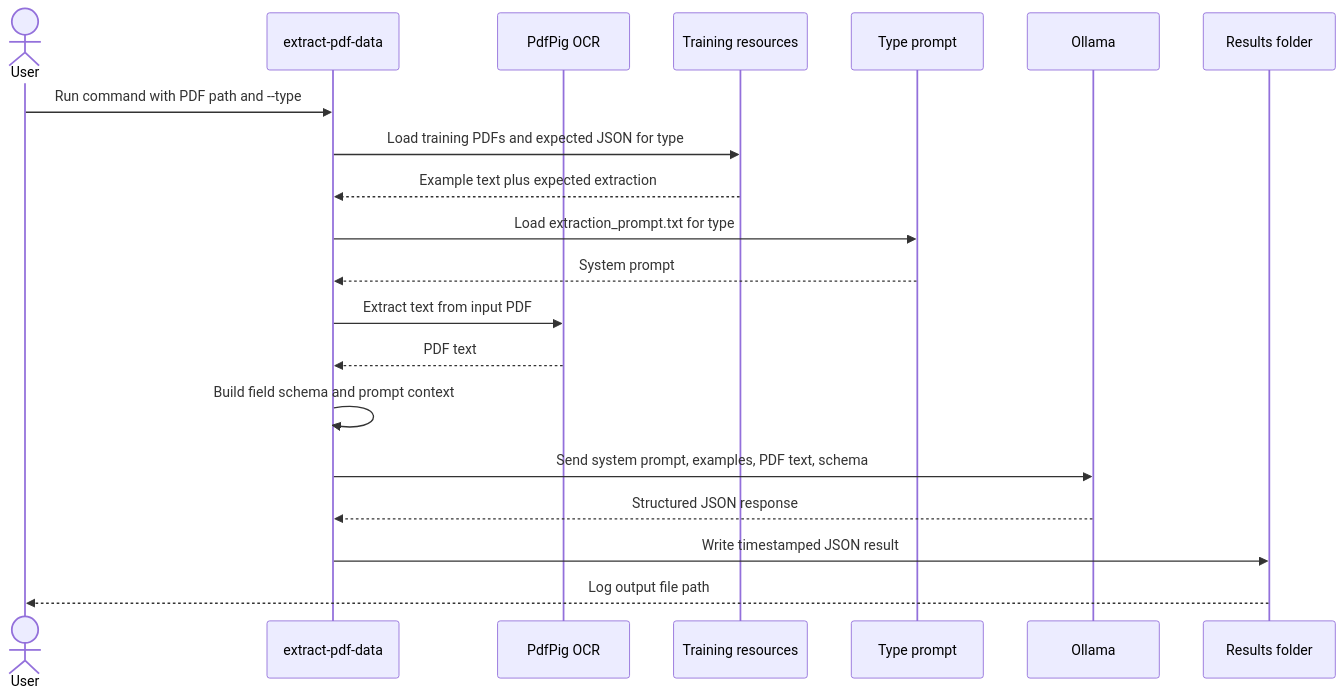
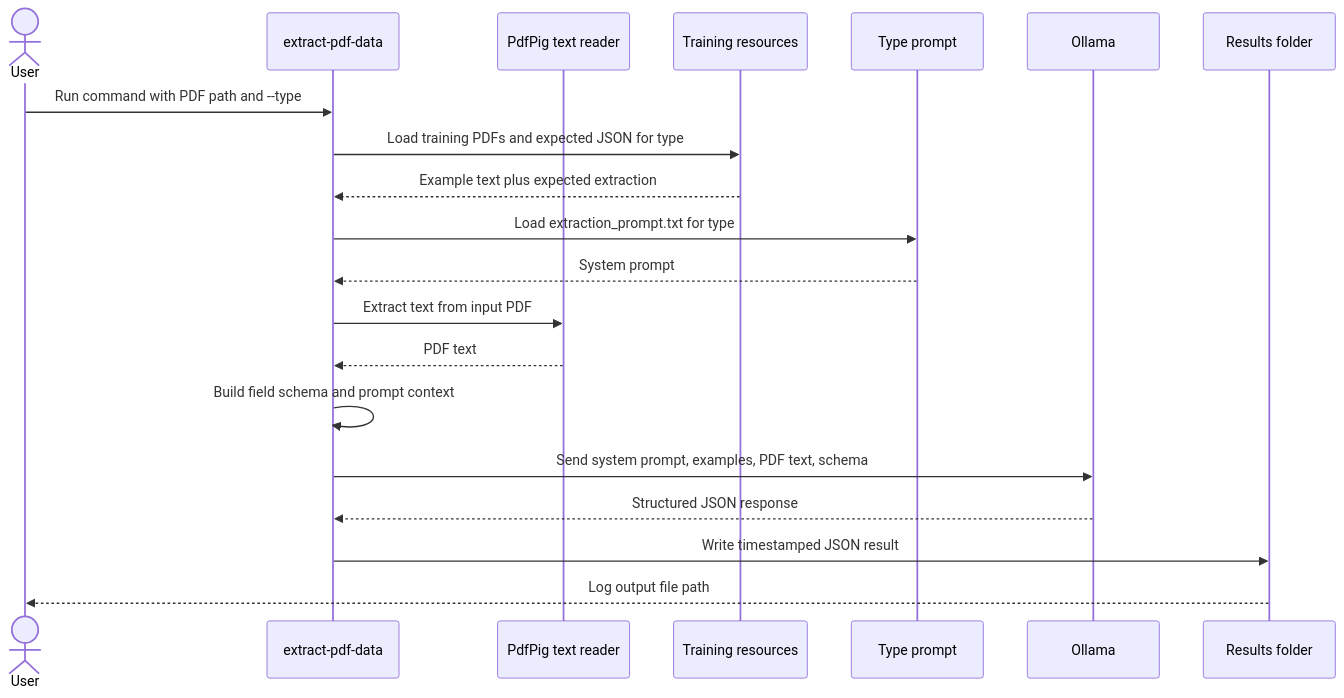
One commit to brandadrian/document-processor changed the second of 3 diagrams in README.md. Above: the diagram before and after it, drawn with Mermaid. The commit also changed other lines of this file and 19 other files, not shown here.

````diff
--- a/README.md
+++ b/README.md
@@ -125,23 +156,23 @@
 ```mermaid
 sequenceDiagram
     actor User
     participant CLI as extract-pdf-data
-    participant Text as PdfPig OCR
+    participant Text as PdfPig text reader
     participant Training as Training resources
     participant Prompt as Type prompt
     participant Ollama
     participant Output as Results folder
 
     User->>CLI: Run command with PDF path and --type
     CLI->>Training: Load training PDFs and expected JSON for type
     Training-->>CLI: Example text plus expected extraction
     CLI->>Prompt: Load extraction_prompt.txt for type
     Prompt-->>CLI: System prompt
     CLI->>Text: Extract text from input PDF
     Text-->>CLI: PDF text
     CLI->>CLI: Build field schema and prompt context
     CLI->>Ollama: Send system prompt, examples, PDF text, schema
     Ollama-->>CLI: Structured JSON response
     CLI->>Output: Write timestamped JSON result
     Output-->>User: Log output file path
 ```
````
